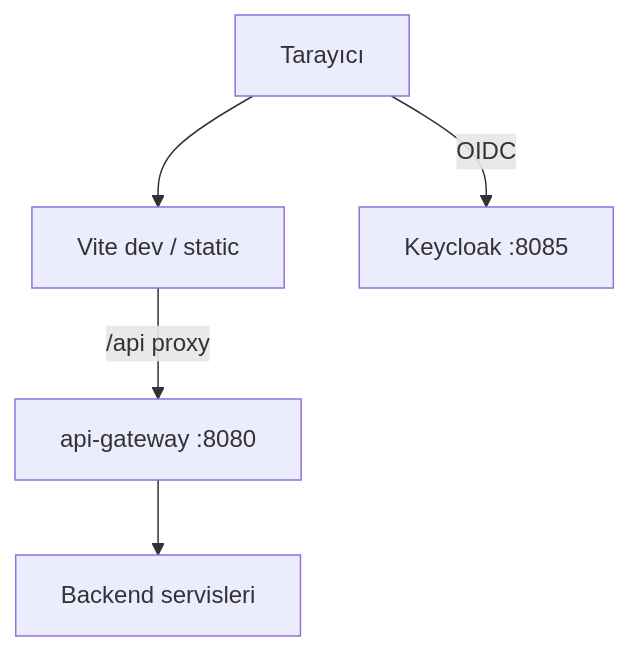
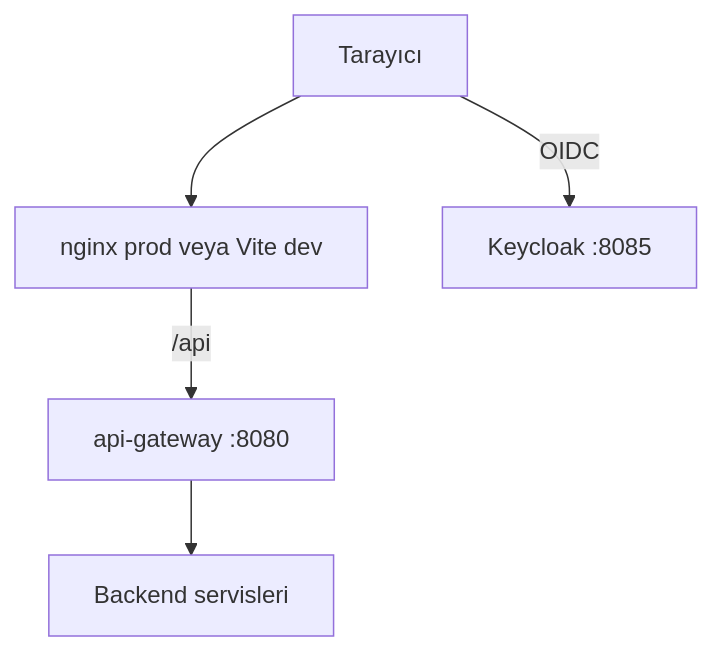
Before and after one commit to TaridaG/Toyota-32Bit-Finance-Platform: the first of 4 diagrams in docs/turkce/services/frontend-web.md, drawn with Mermaid. The commit also changed other lines of this file and 35 other files, not shown here.

````diff
--- a/docs/turkce/services/frontend-web.md
+++ b/docs/turkce/services/frontend-web.md
@@ -52,13 +55,13 @@
 ```mermaid
 flowchart TB
   Browser[Tarayıcı]
-  Vite[Vite dev / static]
+  FE[nginx prod veya Vite dev]
   GW[api-gateway :8080]
   KC[Keycloak :8085]
   BE[Backend servisleri]
 
-  Browser --> Vite
+  Browser --> FE
   Browser -->|OIDC| KC
-  Vite -->|"/api proxy"| GW
+  FE -->|"/api"| GW
   GW --> BE
 ```
````
